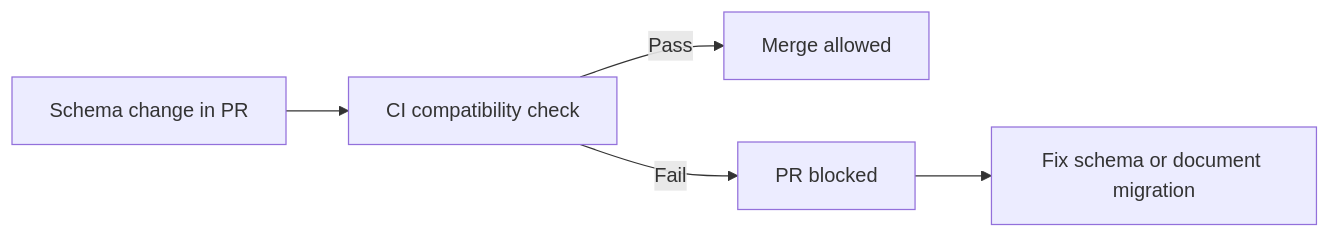
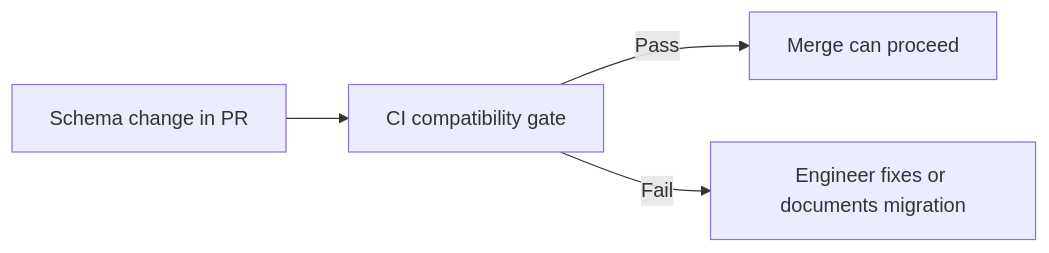
Before and after one commit to sandeepbhardwaj/sandeepbhardwaj.github.io: the diagram in _posts/2026-06-18-kafka-schema-evolution-compatibility-part-2.md, drawn with Mermaid. The commit also changed other lines of this file and 113 other files, not shown here.

````diff
--- a/_posts/2026-06-18-kafka-schema-evolution-compatibility-part-2.md
+++ b/_posts/2026-06-18-kafka-schema-evolution-compatibility-part-2.md
@@ -45,7 +40,6 @@
 ```mermaid
 flowchart LR
-    A[Schema change in PR] --> B[CI compatibility check]
-    B -->|Pass| C[Merge allowed]
-    B -->|Fail| D[PR blocked]
-    D --> E[Fix schema or document migration]
+    A[Schema change in PR] --> B[CI compatibility gate]
+    B -->|Pass| C[Merge can proceed]
+    B -->|Fail| D[Engineer fixes or documents migration]
 ```
````
